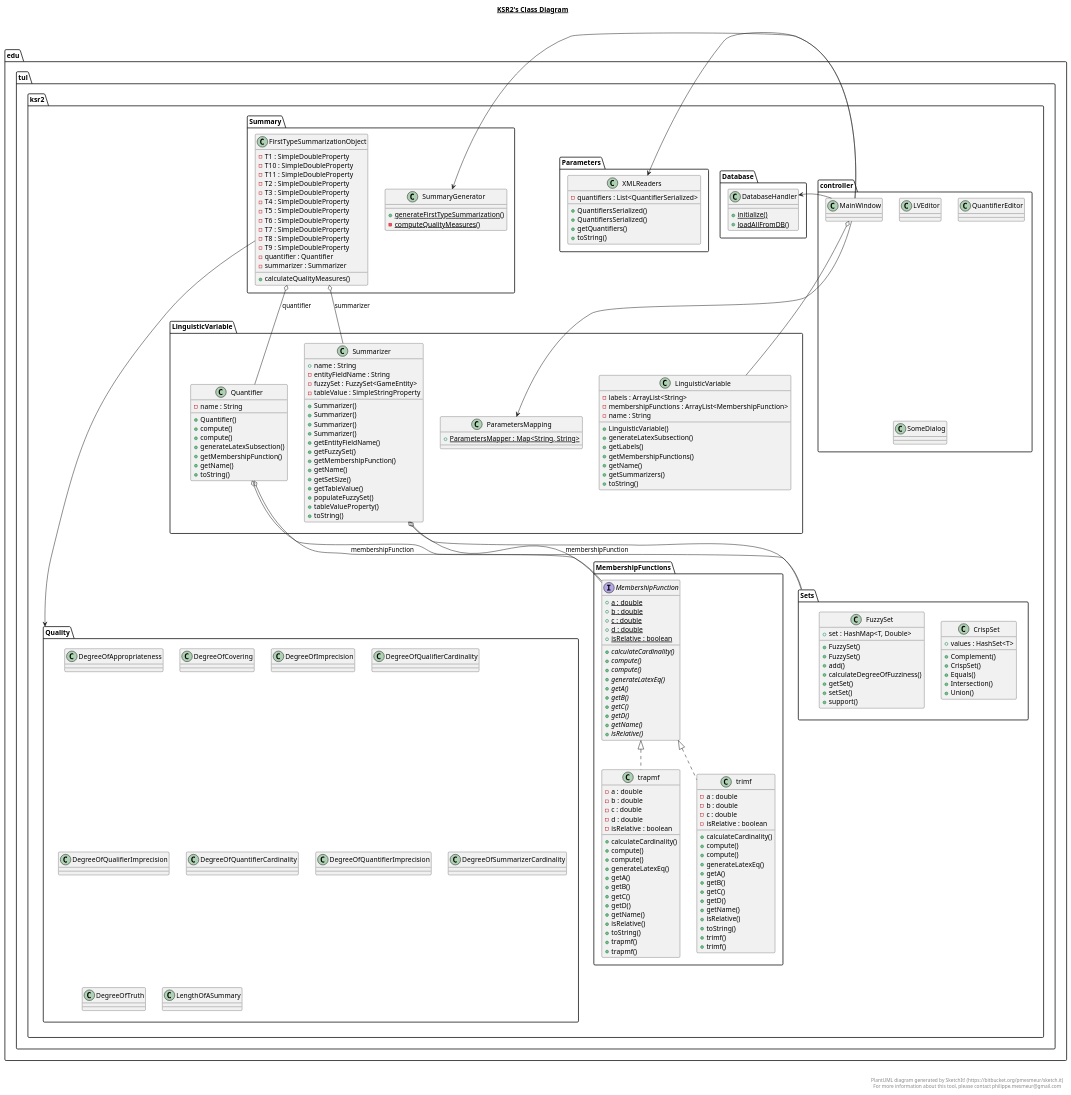
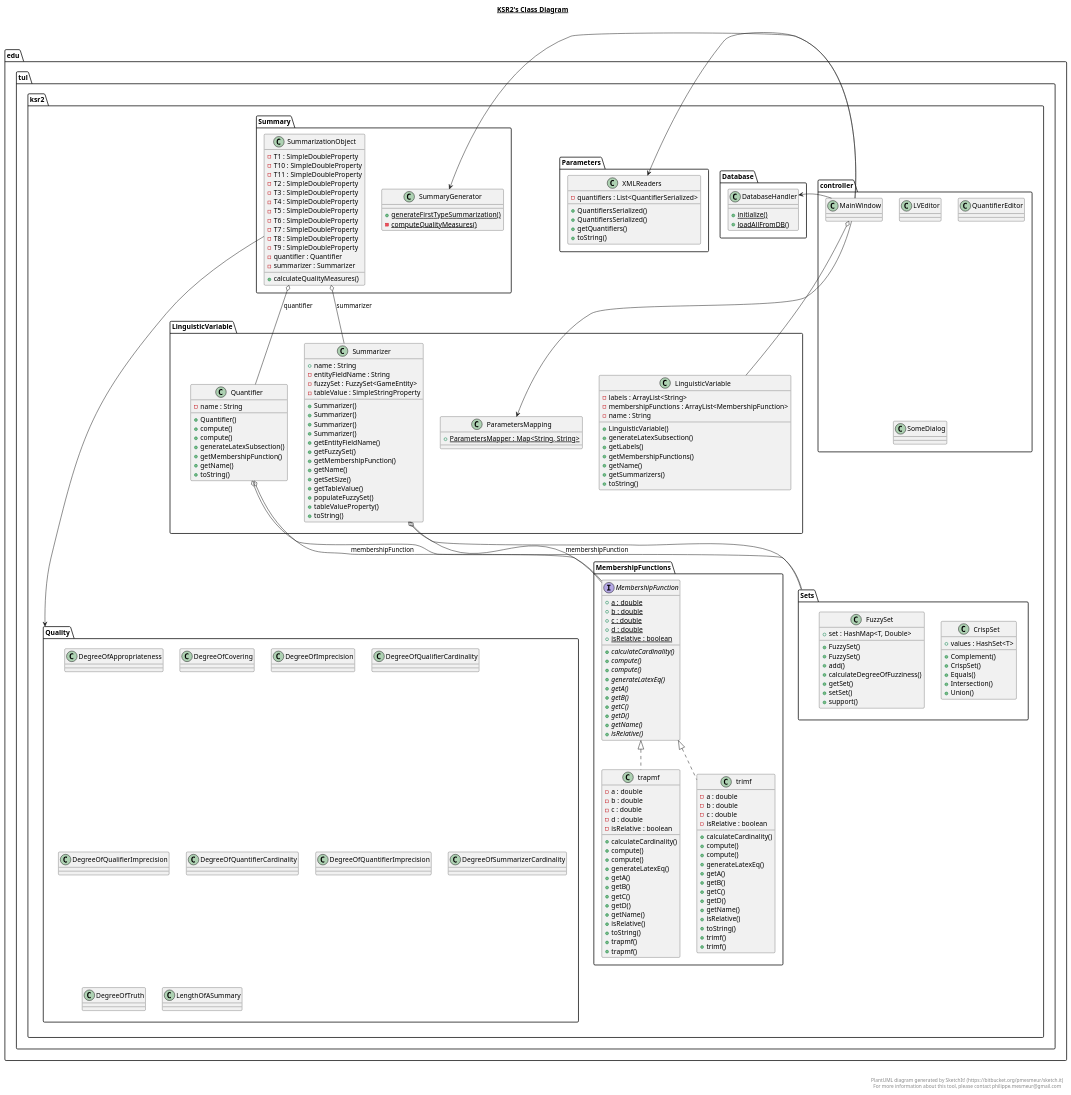
One commit to Kjawo/KSR2 changed the diagram in KSR2-git.plantuml. Above: the diagram before and after it, drawn with PlantUML. The commit also changed 1 other file, not shown here.

```diff
--- a/KSR2-git.plantuml
+++ b/KSR2-git.plantuml
@@ -216,7 +216,7 @@
                          }
 
 namespace Summary {
-        class edu.tul.ksr2.Summary.FirstTypeSummarizationObject {
+        class edu.tul.ksr2.Summary.SummarizationObject {
             - T1 : SimpleDoubleProperty
             - T10 : SimpleDoubleProperty
             - T11 : SimpleDoubleProperty
@@ -243,7 +243,7 @@
 
   }
 
-  edu.tul.ksr2.Summary.FirstTypeSummarizationObject -> edu.tul.ksr2.Quality
+  edu.tul.ksr2.Summary.SummarizationObject -> edu.tul.ksr2.Quality
   edu.tul.ksr2.controller.MainWindow o-- edu.tul.ksr2.LinguisticVariable.LinguisticVariable
   edu.tul.ksr2.controller.MainWindow -> edu.tul.ksr2.Summary.SummaryGenerator
   edu.tul.ksr2.controller.MainWindow -> edu.tul.ksr2.LinguisticVariable.ParametersMapping
@@ -255,8 +255,8 @@
   edu.tul.ksr2.LinguisticVariable.Summarizer o-- edu.tul.ksr2.MembershipFunctions.MembershipFunction : membershipFunction
   edu.tul.ksr2.MembershipFunctions.trapmf .up.|> edu.tul.ksr2.MembershipFunctions.MembershipFunction
   edu.tul.ksr2.MembershipFunctions.trimf .up.|> edu.tul.ksr2.MembershipFunctions.MembershipFunction
-  edu.tul.ksr2.Summary.FirstTypeSummarizationObject o-- edu.tul.ksr2.LinguisticVariable.Quantifier : quantifier
-  edu.tul.ksr2.Summary.FirstTypeSummarizationObject o-- edu.tul.ksr2.LinguisticVariable.Summarizer : summarizer
+  edu.tul.ksr2.Summary.SummarizationObject o-- edu.tul.ksr2.LinguisticVariable.Quantifier : quantifier
+  edu.tul.ksr2.Summary.SummarizationObject o-- edu.tul.ksr2.LinguisticVariable.Summarizer : summarizer
 '  edu.tul.ksr2.application.PrimaryStageInitializer .up.|> org.springframework.context.ApplicationListener
 '  edu.tul.ksr2.application.SpringbootJavaFxApplication -up-|> javafx.application.Application
 '  edu.tul.ksr2.application.StageReadyEvent -up-|> org.springframework.context.ApplicationEvent
```
